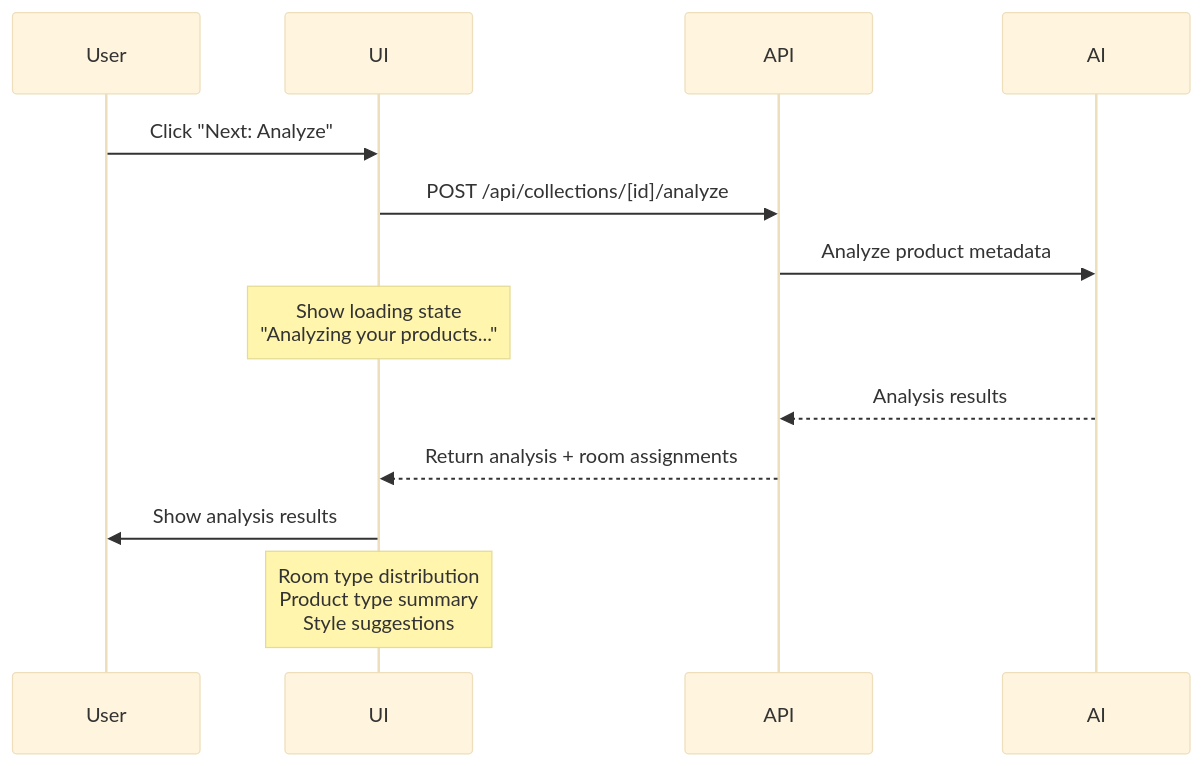
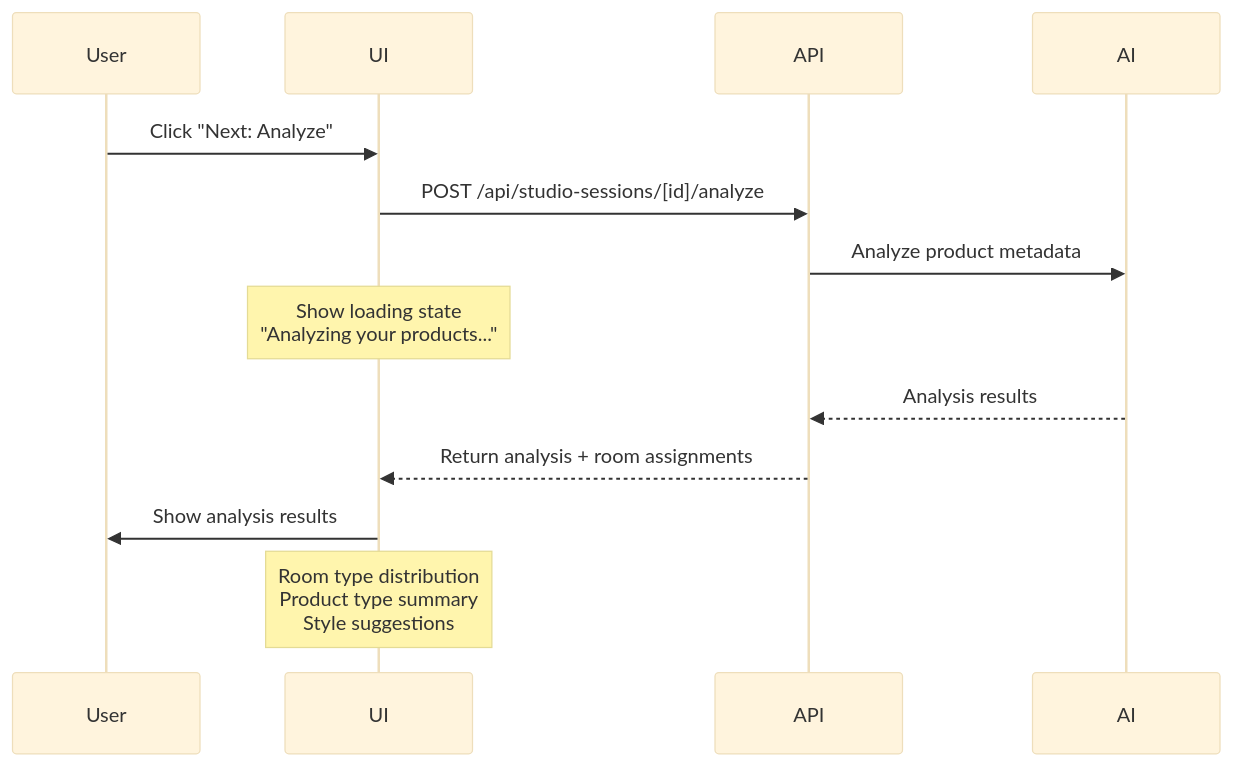
The fourth of 13 diagrams in apps/scenergy-visualizer/design-log/004-user-flows-journey.md (shlior7/epox-monorepo), drawn with Mermaid (base theme) before and after one commit. The commit also changed other lines of this file and 8 other files, not shown here.

````diff
--- a/apps/scenergy-visualizer/design-log/004-user-flows-journey.md
+++ b/apps/scenergy-visualizer/design-log/004-user-flows-journey.md
@@ -365,19 +433,19 @@
 ```mermaid
 sequenceDiagram
     participant User
     participant UI
     participant API
     participant AI
 
     User->>UI: Click "Next: Analyze"
-    UI->>API: POST /api/collections/[id]/analyze
+    UI->>API: POST /api/studio-sessions/[id]/analyze
     API->>AI: Analyze product metadata
 
     Note over UI: Show loading state<br/>"Analyzing your products..."
 
     AI-->>API: Analysis results
     API-->>UI: Return analysis + room assignments
 
     UI->>User: Show analysis results
     Note over UI: Room type distribution<br/>Product type summary<br/>Style suggestions
 ```
````
